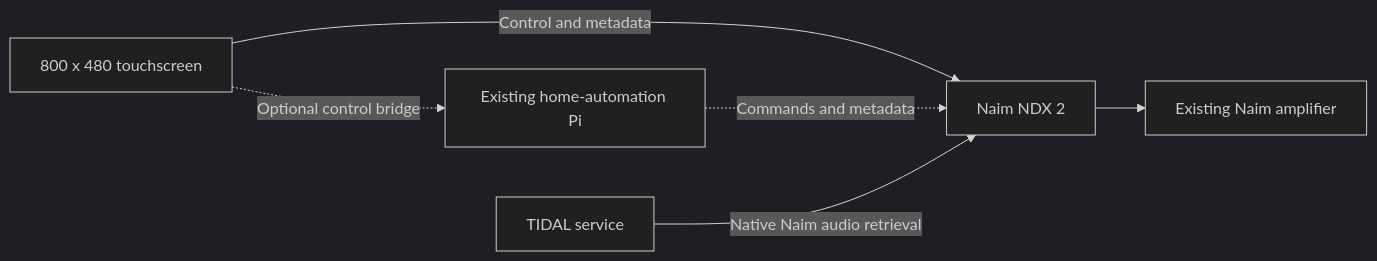
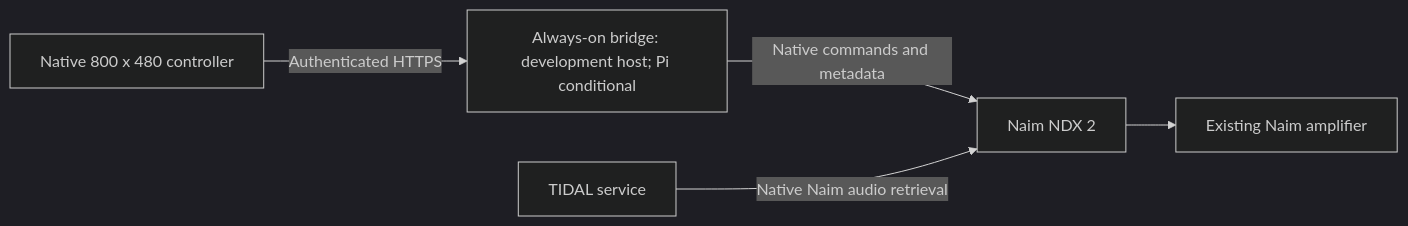
Before and after one commit to LeweeLewee/NDX2-Controller: the diagram in docs/architecture.md, drawn with Mermaid (dark theme). The commit also changed other lines of this file and 53 other files, not shown here.

Commit message:
Implement M2 authenticated bridge and approved native LVGL UI

````diff
--- a/docs/architecture.md
+++ b/docs/architecture.md
@@ -9,8 +9,7 @@
 ```mermaid
 flowchart LR
-    UI[800 x 480 touchscreen] -->|Control and metadata| NDX[Naim NDX 2]
-    UI -. Optional control bridge .-> PI[Existing home-automation Pi]
-    PI -. Commands and metadata .-> NDX
+    UI[Native 800 x 480 controller] -->|Authenticated HTTPS| PI[Always-on bridge: development host; Pi conditional]
+    PI -->|Native commands and metadata| NDX[Naim NDX 2]
     TIDAL[TIDAL service] -->|Native Naim audio retrieval| NDX
     NDX --> AMP[Existing Naim amplifier]
 ```
````
